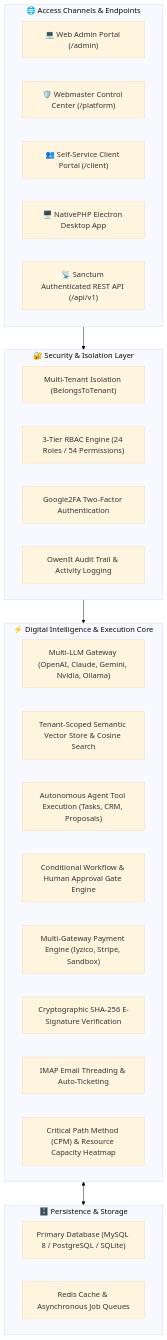
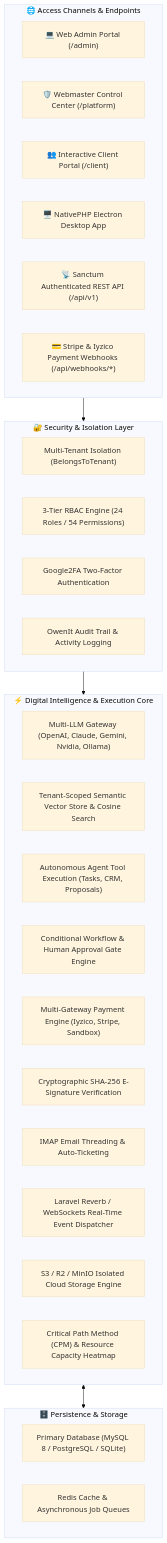
One commit to adacreativeco/NexusADA changed the diagram in README.md. Above: the diagram before and after it, drawn with Mermaid (base theme). The commit also changed other lines of this file and 12 other files, not shown here.

Commit message:
feat: complete production hardening with webhooks, transactional mail, websockets, cloud storage, interactive asset review canvas, and 64 passing tests

````diff
--- a/README.md
+++ b/README.md
@@ -35,37 +36,40 @@
 ```mermaid
 flowchart TD
     subgraph ClientAccess["🌐 Access Channels & Endpoints"]
         WebAdmin["💻 Web Admin Portal (/admin)"]
         Webmaster["🛡️ Webmaster Control Center (/platform)"]
-        ClientPortal["👥 Self-Service Client Portal (/client)"]
+        ClientPortal["👥 Interactive Client Portal (/client)"]
         DesktopApp["🖥️ NativePHP Electron Desktop App"]
         RESTClients["📡 Sanctum Authenticated REST API (/api/v1)"]
+        Webhooks["💳 Stripe & Iyzico Payment Webhooks (/api/webhooks/*)"]
     end
 
     subgraph SecurityLayer["🔐 Security & Isolation Layer"]
         TenantScope["Multi-Tenant Isolation (BelongsToTenant)"]
         RBAC["3-Tier RBAC Engine (24 Roles / 54 Permissions)"]
         TwoFactor["Google2FA Two-Factor Authentication"]
         AuditTrail["OwenIt Audit Trail & Activity Logging"]
     end
 
     subgraph CoreEngines["⚡ Digital Intelligence & Execution Core"]
         AIGateway["Multi-LLM Gateway (OpenAI, Claude, Gemini, Nvidia, Ollama)"]
         VectorStore["Tenant-Scoped Semantic Vector Store & Cosine Search"]
         ToolRegistry["Autonomous Agent Tool Execution (Tasks, CRM, Proposals)"]
         WorkflowDAG["Conditional Workflow & Human Approval Gate Engine"]
         PaymentEngine["Multi-Gateway Payment Engine (Iyzico, Stripe, Sandbox)"]
         DigitalSign["Cryptographic SHA-256 E-Signature Verification"]
         EmailIntel["IMAP Email Threading & Auto-Ticketing"]
+        BroadcastEngine["Laravel Reverb / WebSockets Real-Time Event Dispatcher"]
+        CloudStorage["S3 / R2 / MinIO Isolated Cloud Storage Engine"]
         CPMEngine["Critical Path Method (CPM) & Resource Capacity Heatmap"]
     end
 
     subgraph DataLayer["🗄️ Persistence & Storage"]
         MySQL["Primary Database (MySQL 8 / PostgreSQL / SQLite)"]
         Redis["Redis Cache & Asynchronous Job Queues"]
     end
 
     ClientAccess --> SecurityLayer
     SecurityLayer --> CoreEngines
     CoreEngines <--> DataLayer
 ```
````
